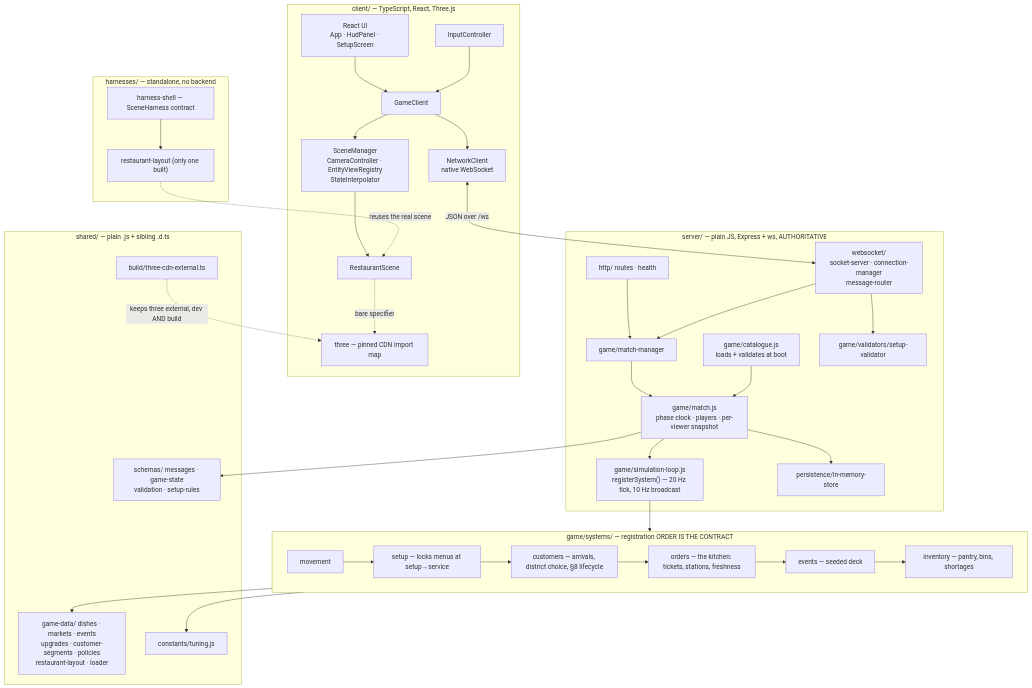
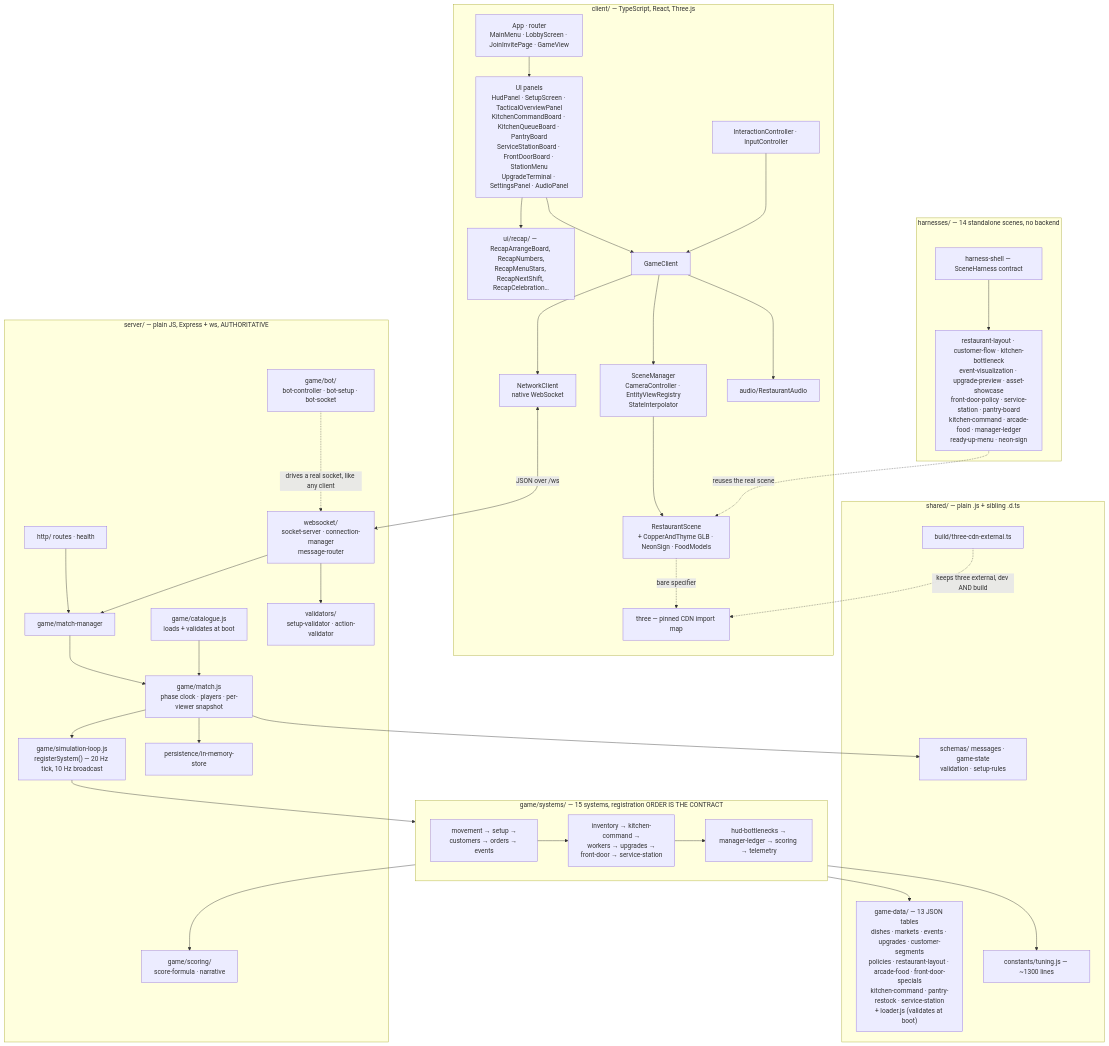
One commit to brentfisher/table-stakes changed the diagram in docs/kb/architecture.md. Above: the diagram before and after it, drawn with Mermaid. The commit also changed other lines of this file and 9 other files, not shown here.

````diff
--- a/docs/kb/architecture.md
+++ b/docs/kb/architecture.md
@@ -26,64 +40,71 @@
 ```mermaid
 flowchart TD
     subgraph browser["client/ — TypeScript, React, Three.js"]
-        UI["React UI<br/>App · HudPanel · SetupScreen"]
+        APP["App · router<br/>MainMenu · LobbyScreen · JoinInvitePage · GameView"]
+        UI["UI panels<br/>HudPanel · SetupScreen · TacticalOverviewPanel<br/>KitchenCommandBoard · KitchenQueueBoard · PantryBoard<br/>ServiceStationBoard · FrontDoorBoard · StationMenu<br/>UpgradeTerminal · SettingsPanel · AudioPanel"]
+        RECAP["ui/recap/ — RecapArrangeBoard, RecapNumbers,<br/>RecapMenuStars, RecapNextShift, RecapCelebration…"]
         GC["GameClient"]
+        IC["InteractionController · InputController"]
         NC["NetworkClient<br/>native WebSocket"]
-        IC["InputController"]
         SM["SceneManager<br/>CameraController · EntityViewRegistry<br/>StateInterpolator"]
-        SC["RestaurantScene"]
+        SC["RestaurantScene<br/>+ CopperAndThyme GLB · NeonSign · FoodModels"]
+        AUD["audio/RestaurantAudio"]
         THREE["three — pinned CDN import map"]
-        UI --> GC
+        APP --> UI --> GC
+        UI --> RECAP
         IC --> GC
         GC --> NC
         GC --> SM --> SC
+        GC --> AUD
         SC -.->|"bare specifier"| THREE
     end
 
     subgraph server["server/ — plain JS, Express + ws, AUTHORITATIVE"]
         HTTP["http/ routes · health"]
         WS["websocket/<br/>socket-server · connection-manager<br/>message-router"]
         MM["game/match-manager"]
         MATCH["game/match.js<br/>phase clock · players · per-viewer snapshot"]
         LOOP["game/simulation-loop.js<br/>registerSystem() — 20 Hz tick, 10 Hz broadcast"]
         CAT["game/catalogue.js<br/>loads + validates at boot"]
-        VAL["game/validators/setup-validator"]
+        VAL["validators/<br/>setup-validator · action-validator"]
+        BOT["game/bot/<br/>bot-controller · bot-setup · bot-socket"]
+        SCOR["game/scoring/<br/>score-formula · narrative"]
         STORE["persistence/in-memory-store"]
         HTTP --> MM --> MATCH --> LOOP
         WS --> MM
         WS --> VAL
         MATCH --> STORE
         CAT --> MATCH
+        BOT -.->|"drives a real socket, like any client"| WS
     end
 
-    subgraph systems["game/systems/ — registration ORDER IS THE CONTRACT"]
-        S1["movement"]
-        S2["setup — locks menus at setup→service"]
-        S3["customers — arrivals, district choice, §8 lifecycle"]
-        S4["orders — the kitchen: tickets, stations, freshness"]
-        S5["events — seeded deck"]
-        S6["inventory — pantry, bins, shortages"]
-        S1 --> S2 --> S3 --> S4 --> S5 --> S6
+    subgraph systems["game/systems/ — 15 systems, registration ORDER IS THE CONTRACT"]
+        direction LR
+        CORE["movement → setup →<br/>customers → orders → events"]
+        MGMT["inventory → kitchen-command →<br/>workers → upgrades →<br/>front-door → service-station"]
+        META["hud-bottlenecks →<br/>manager-ledger → scoring → telemetry"]
+        CORE --> MGMT --> META
     end
 
     subgraph shared["shared/ — plain .js + sibling .d.ts"]
-        DATA["game-data/ dishes · markets · events<br/>upgrades · customer-segments · policies<br/>restaurant-layout · loader"]
+        DATA["game-data/ — 13 JSON tables<br/>dishes · markets · events · upgrades · customer-segments<br/>policies · restaurant-layout · arcade-food · front-door-specials<br/>kitchen-command · pantry-restock · service-station<br/>+ loader.js (validates at boot)"]
         SCHEMA["schemas/ messages · game-state<br/>validation · setup-rules"]
-        TUNE["constants/tuning.js"]
+        TUNE["constants/tuning.js — ~1300 lines"]
         BUILD["build/three-cdn-external.ts"]
     end
 
-    subgraph harness["harnesses/ — standalone, no backend"]
+    subgraph harness["harnesses/ — 14 standalone scenes, no backend"]
         HS["harness-shell — SceneHarness contract"]
-        H1["restaurant-layout (only one built)"]
+        H1["restaurant-layout · customer-flow · kitchen-bottleneck<br/>event-visualization · upgrade-preview · asset-showcase<br/>front-door-policy · service-station · pantry-board<br/>kitchen-command · arcade-food · manager-ledger<br/>ready-up-menu · neon-sign"]
         HS --> H1
     end
 
     NC <-->|"JSON over /ws"| WS
     LOOP --> systems
+    systems --> SCOR
     systems --> DATA
     systems --> TUNE
     MATCH --> SCHEMA
     H1 -.->|"reuses the real scene"| SC
     BUILD -.->|"keeps three external, dev AND build"| THREE
 ```
````
